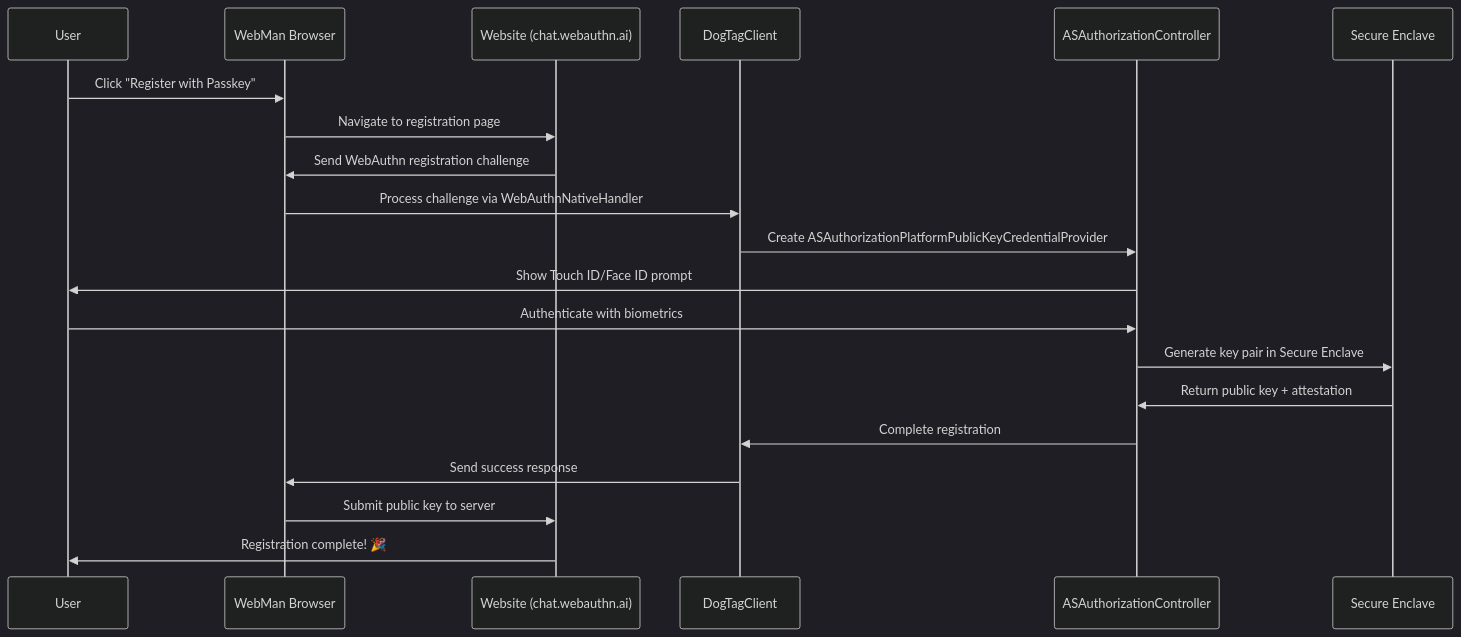
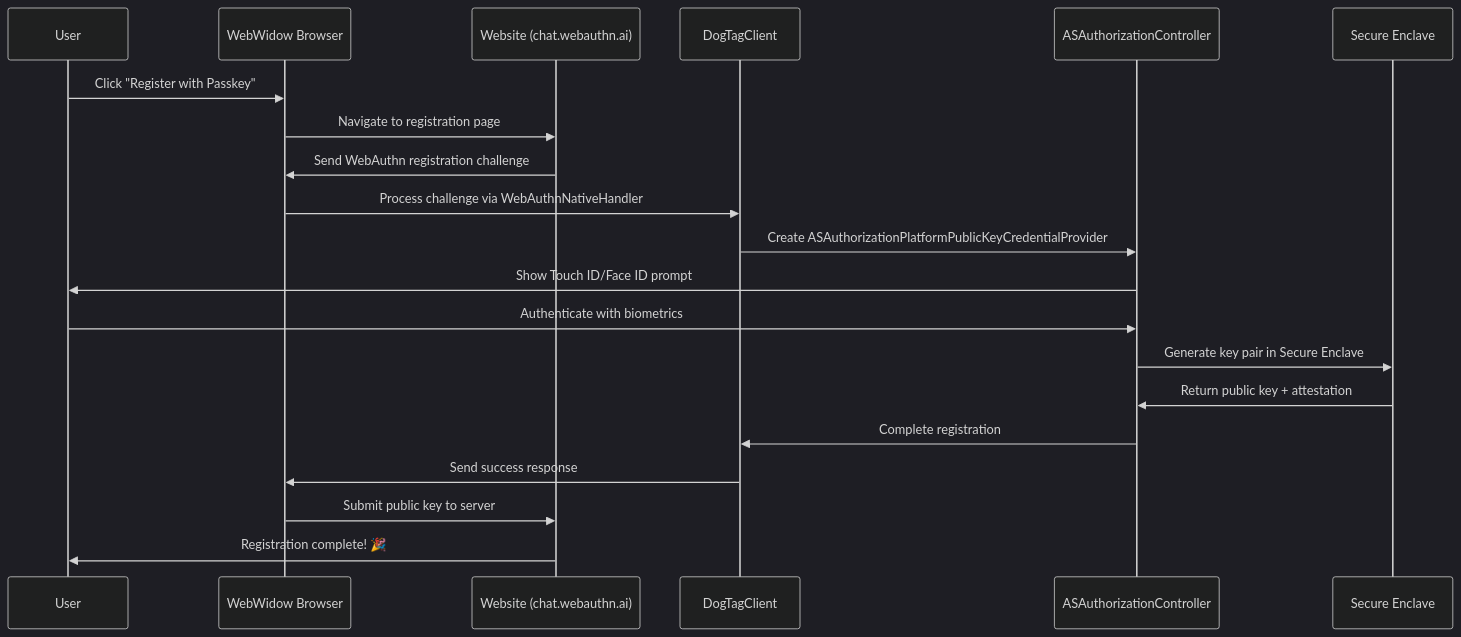
One commit to webauthnai/Web-Man changed the first of 7 diagrams in README.md. Above: the diagram before and after it, drawn with Mermaid (dark theme). The commit also changed other lines of this file and 2 other files, not shown here.

````diff
--- a/README.md
+++ b/README.md
@@ -75,23 +75,23 @@
 ```mermaid
 sequenceDiagram
     participant U as User
-    participant W as WebMan Browser
+    participant W as WebWidow Browser
     participant S as Website (chat.webauthn.ai)
     participant D as DogTagClient
     participant A as ASAuthorizationController
     participant E as Secure Enclave
     
     U->>W: Click "Register with Passkey"
     W->>S: Navigate to registration page
     S->>W: Send WebAuthn registration challenge
     W->>D: Process challenge via WebAuthnNativeHandler
     D->>A: Create ASAuthorizationPlatformPublicKeyCredentialProvider
     A->>U: Show Touch ID/Face ID prompt
     U->>A: Authenticate with biometrics
     A->>E: Generate key pair in Secure Enclave
     E->>A: Return public key + attestation
     A->>D: Complete registration
     D->>W: Send success response
     W->>S: Submit public key to server
     S->>U: Registration complete! 🎉
 ```
````
